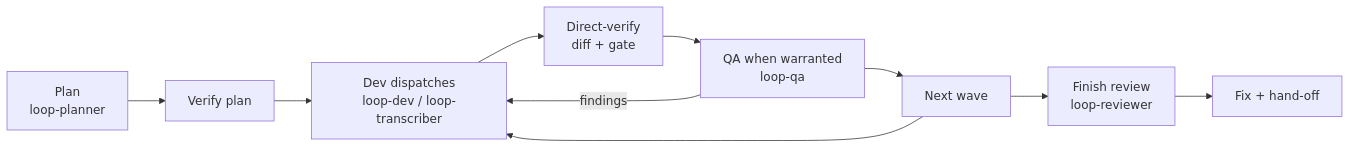
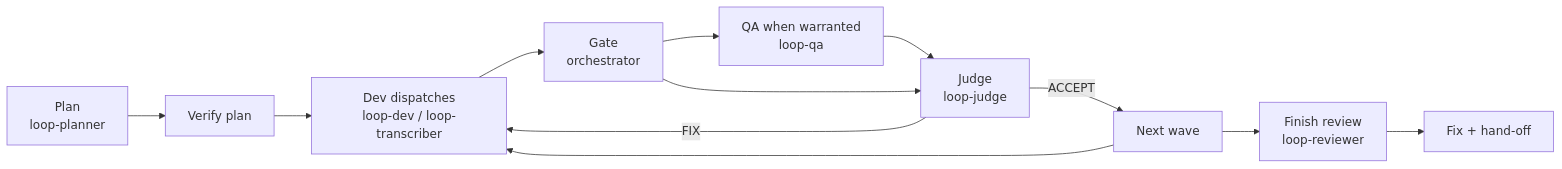
The diagram in README.md (MustafaMese/subagent-loop), drawn with Mermaid before and after one commit. The commit also changed other lines of this file and 4 other files, not shown here.

First line of the commit message:
feat(judge): loop-judge per-task subagent — orchestrator reads a verdict, not the diff

````diff
--- a/README.md
+++ b/README.md
@@ -22,12 +22,14 @@
 ```mermaid
 flowchart LR
     A[Plan<br/>loop-planner] --> B[Verify plan]
     B --> C[Dev dispatches<br/>loop-dev / loop-transcriber]
-    C --> D[Direct-verify<br/>diff + gate]
+    C --> D[Gate<br/>orchestrator]
     D --> E[QA when warranted<br/>loop-qa]
-    E -->|findings| C
-    E --> F[Next wave]
+    E --> J[Judge<br/>loop-judge]
+    D --> J
+    J -->|FIX| C
+    J -->|ACCEPT| F[Next wave]
     F --> C
     F --> G[Finish review<br/>loop-reviewer]
     G --> H[Fix + hand-off]
 ```
````
